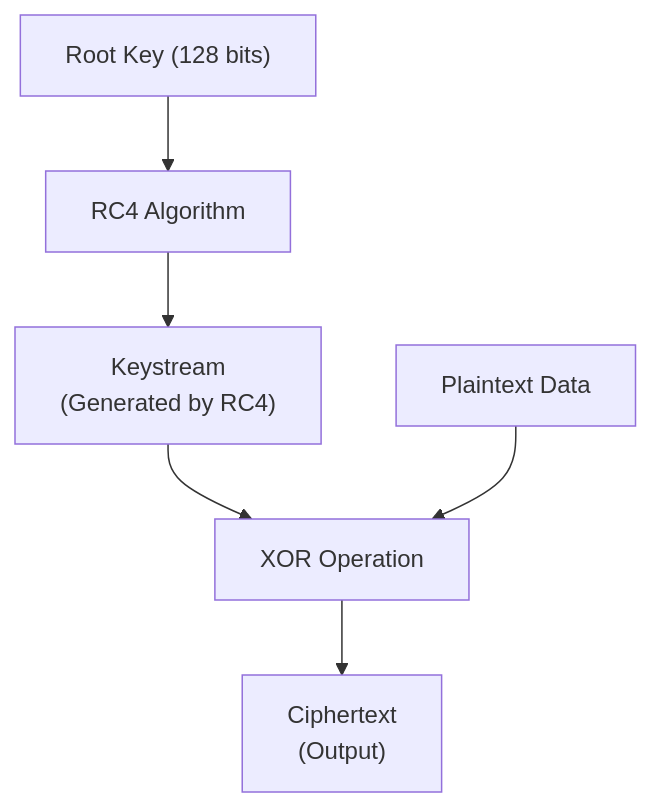
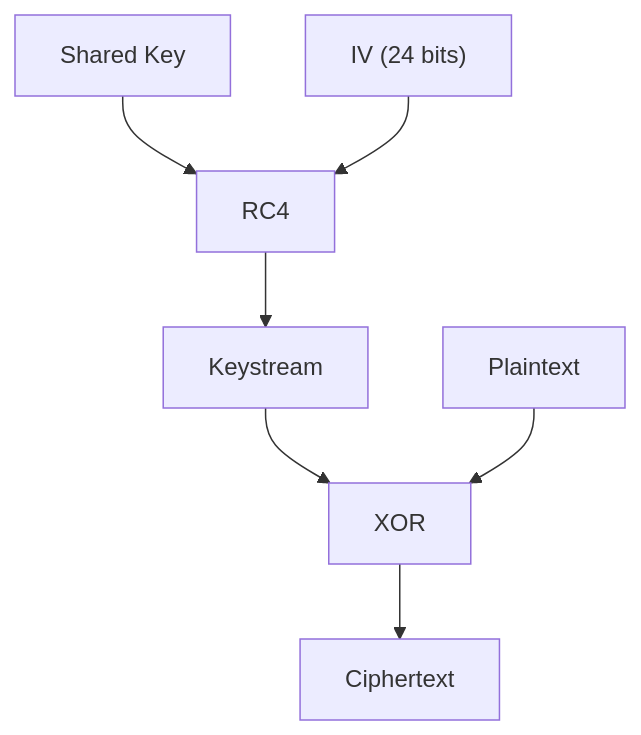
The first of 3 diagrams in guides/wireless/playing-wireless/index.md (pullsec/hugo-content), drawn with Mermaid before and after one commit. The commit also changed other lines of this file and 2 other files, not shown here.

````diff
--- a/guides/wireless/playing-wireless/index.md
+++ b/guides/wireless/playing-wireless/index.md
@@ -32,16 +59,17 @@
 ```mermaid
 graph TD
-    RootKey["Root Key (128 bits)"]
-    RC4["RC4 Algorithm"]
-    Keystream["Keystream<br>(Generated by RC4)"]
-    Plaintext["Plaintext Data"]
-    XOR["XOR Operation"]
-    Ciphertext["Ciphertext<br>(Output)"]
+    Key["Shared Key"]
+    IV["IV (24 bits)"]
+    RC4["RC4"]
+    Keystream["Keystream"]
+    Plaintext["Plaintext"]
+    XOR["XOR"]
+    Ciphertext["Ciphertext"]
 
-    RootKey --> RC4
+    Key --> RC4
+    IV --> RC4
     RC4 --> Keystream
     Keystream --> XOR
     Plaintext --> XOR
     XOR --> Ciphertext
-
 ```
````
